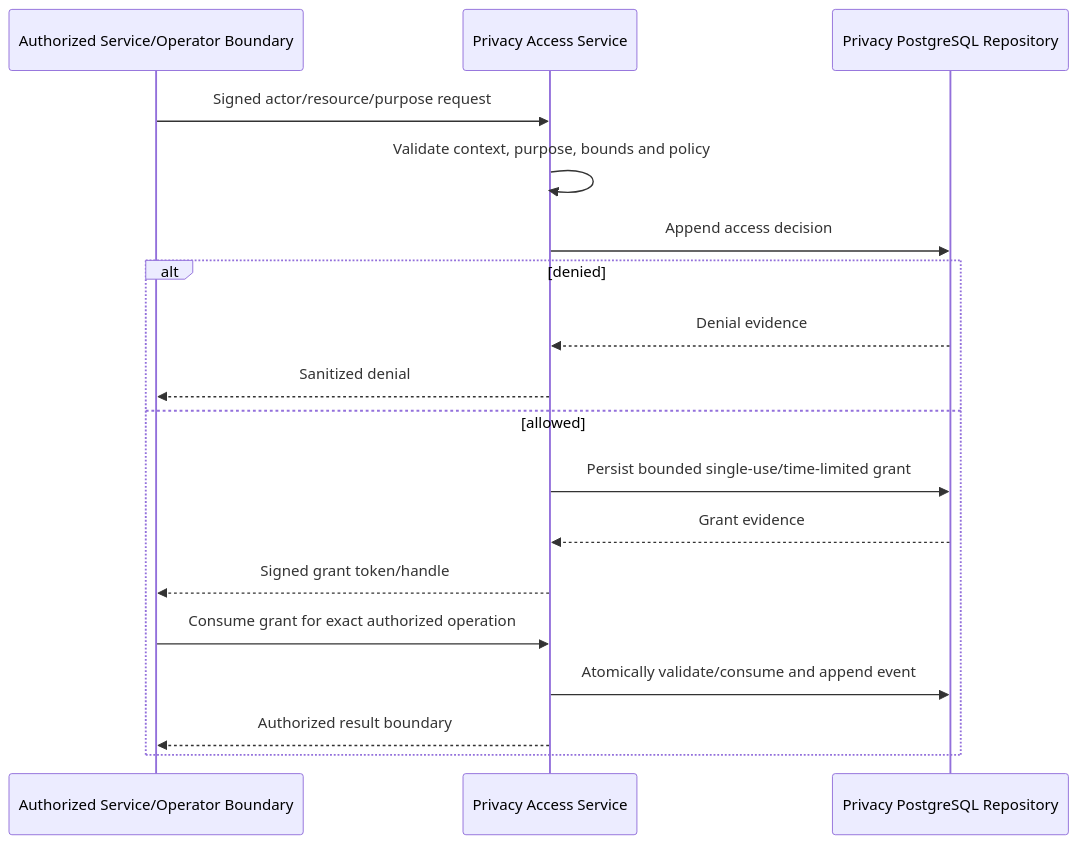
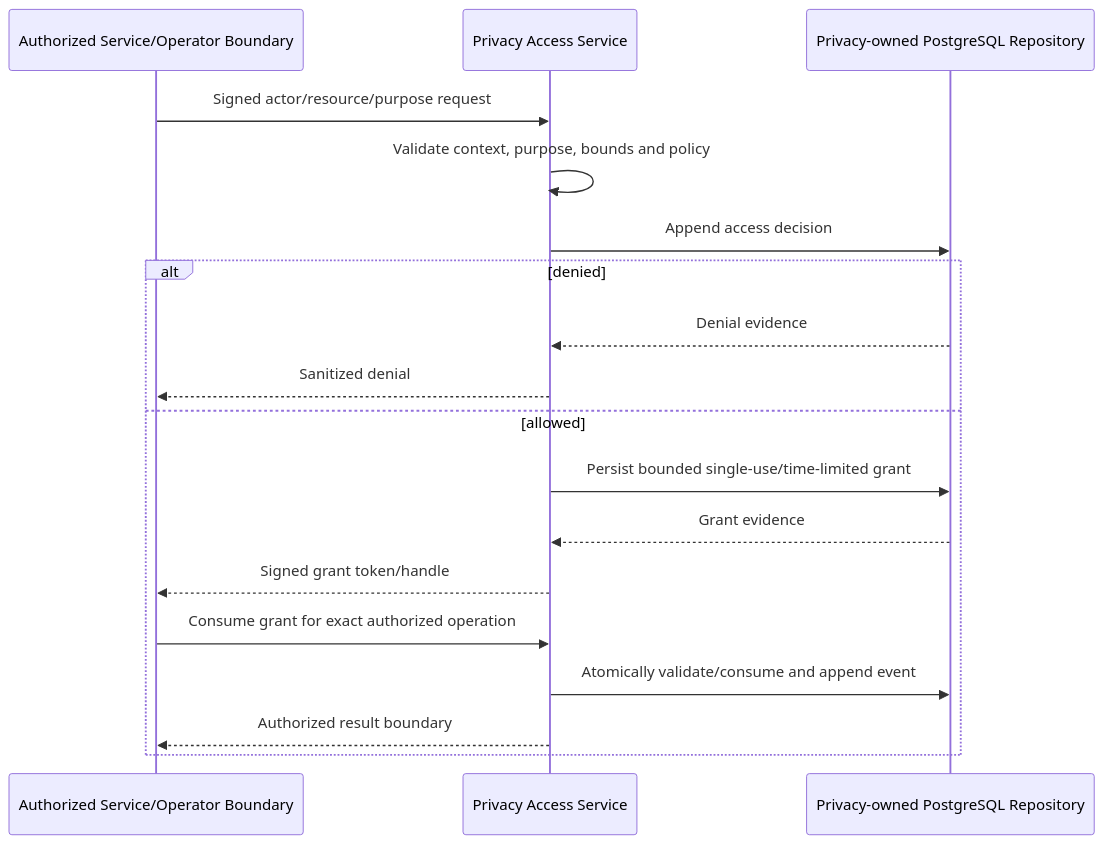
Before and after one commit to ContextualWisdomLab/life-os: the eighth of 11 diagrams in docs/UML.md, drawn with Mermaid. The commit also changed other lines of this file, not shown here.

Commit message:
docs: correct event and database ownership diagrams

````diff
--- a/docs/UML.md
+++ b/docs/UML.md
@@ -228,21 +235,21 @@
 ```mermaid
 sequenceDiagram
     participant Caller as Authorized Service/Operator Boundary
     participant Privacy as Privacy Access Service
-    participant Store as Privacy PostgreSQL Repository
+    participant Store as Privacy-owned PostgreSQL Repository
 
     Caller->>Privacy: Signed actor/resource/purpose request
     Privacy->>Privacy: Validate context, purpose, bounds and policy
     Privacy->>Store: Append access decision
     alt denied
         Store-->>Privacy: Denial evidence
         Privacy-->>Caller: Sanitized denial
     else allowed
         Privacy->>Store: Persist bounded single-use/time-limited grant
         Store-->>Privacy: Grant evidence
         Privacy-->>Caller: Signed grant token/handle
         Caller->>Privacy: Consume grant for exact authorized operation
         Privacy->>Store: Atomically validate/consume and append event
         Privacy-->>Caller: Authorized result boundary
     end
 ```
````
